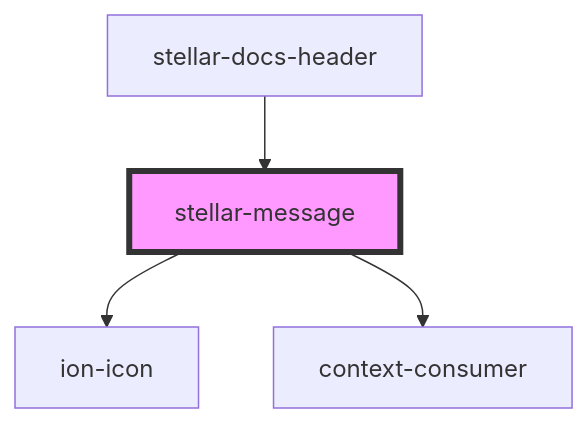
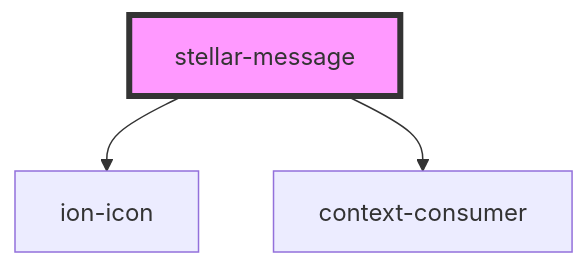
Before and after one commit to splitinfinities/Stellar: the diagram in src/components/ui/message/readme.md, drawn with Mermaid. The commit also changed other lines of this file and 58 other files, not shown here.

````diff
--- a/src/components/ui/message/readme.md
+++ b/src/components/ui/message/readme.md
@@ -100,7 +96,6 @@
 ```mermaid
 graph TD;
   stellar-message --> ion-icon
   stellar-message --> context-consumer
-  stellar-docs-header --> stellar-message
   style stellar-message fill:#f9f,stroke:#333,stroke-width:4px
 ```
````
